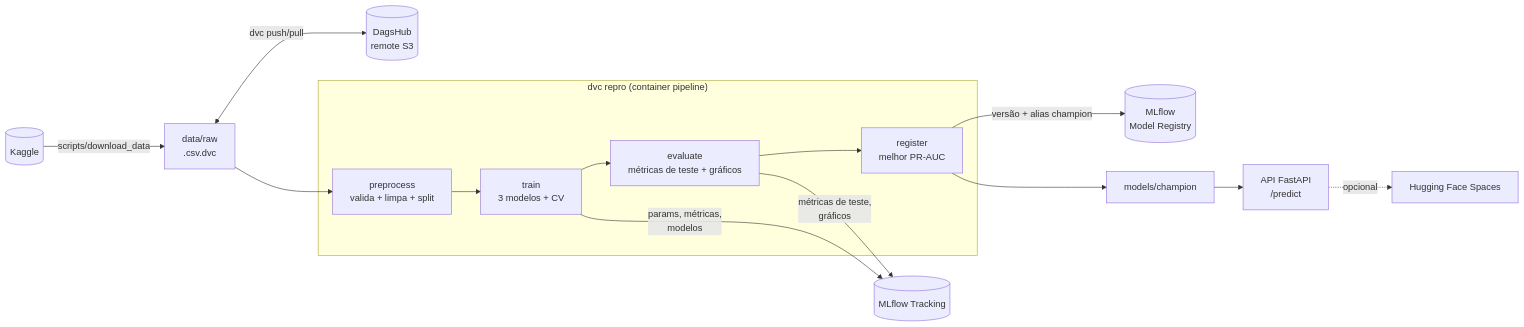
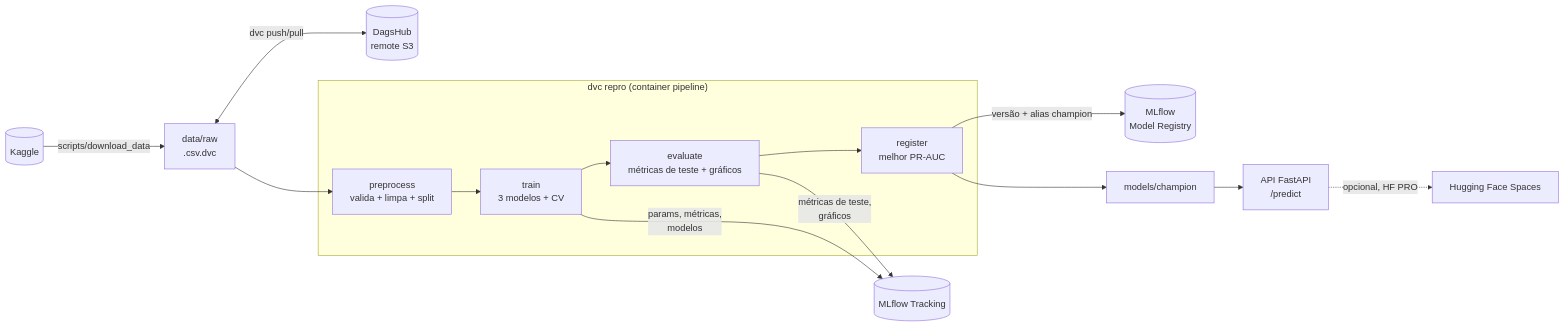
The diagram in README.md (joao-victor-galvao/propensao-compra-mlops), drawn with Mermaid before and after one commit. The commit also changed other lines of this file and 2 other files, not shown here.

````diff
--- a/README.md
+++ b/README.md
@@ -51,19 +51,19 @@
 ```mermaid
 flowchart LR
     K[(Kaggle)] -->|scripts/download_data| R[data/raw<br/>.csv.dvc]
     R <-->|dvc push/pull| D[(DagsHub<br/>remote S3)]
 
     subgraph DVC["dvc repro (container pipeline)"]
         P[preprocess<br/>valida + limpa + split] --> T[train<br/>3 modelos + CV]
         T --> E[evaluate<br/>métricas de teste + gráficos]
         E --> G[register<br/>melhor PR-AUC]
     end
 
     R --> P
     T -->|params, métricas,<br/>modelos| M[(MLflow Tracking)]
     E -->|métricas de teste,<br/>gráficos| M
     G -->|versão + alias champion| MR[(MLflow<br/>Model Registry)]
     G --> C[models/champion]
     C --> A[API FastAPI<br/>/predict]
-    A -.->|opcional| HF[Hugging Face Spaces]
+    A -.->|opcional, HF PRO| HF[Hugging Face Spaces]
 ```
````
